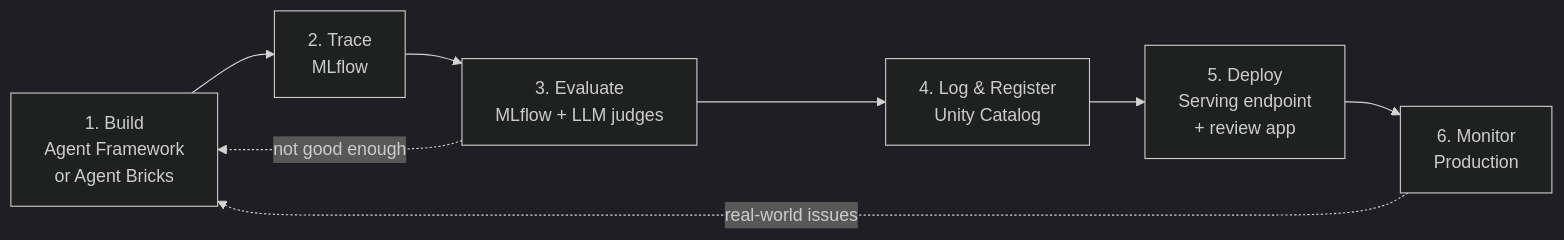
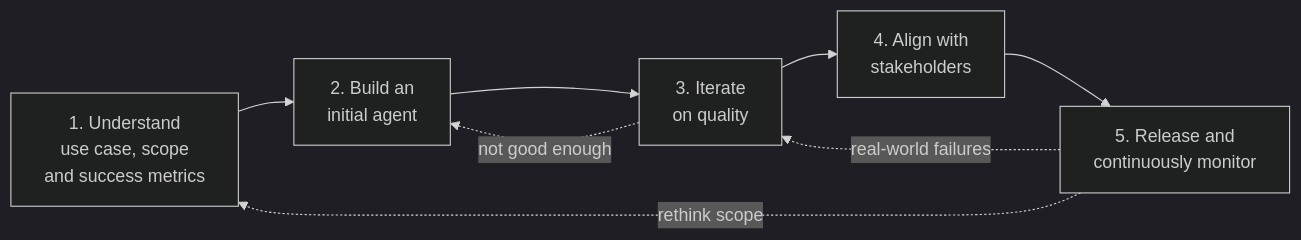
Before and after one commit to thedatabrickster/databrickster: the first of 3 diagrams in website/ai/docs/04-building-agents/01-agent-dev-lifecycle.mdx, drawn with Mermaid (dark theme). The commit also changed other lines of this file and 8 other files, not shown here.

````diff
--- a/website/ai/docs/04-building-agents/01-agent-dev-lifecycle.mdx
+++ b/website/ai/docs/04-building-agents/01-agent-dev-lifecycle.mdx
@@ -143,10 +160,10 @@
 ```mermaid
 flowchart LR
-    A[1. Build<br/>Agent Framework<br/>or Agent Bricks] --> B[2. Trace<br/>MLflow]
-    B --> C[3. Evaluate<br/>MLflow + LLM judges]
-    C --> D[4. Log & Register<br/>Unity Catalog]
-    D --> E[5. Deploy<br/>Serving endpoint<br/>+ review app]
-    E --> F[6. Monitor<br/>Production]
-    C -.->|not good enough| A
-    F -.->|real-world issues| A
+    S1[1. Understand<br/>use case, scope<br/>and success metrics] --> S2[2. Build an<br/>initial agent]
+    S2 --> S3[3. Iterate<br/>on quality]
+    S3 --> S4[4. Align with<br/>stakeholders]
+    S4 --> S5[5. Release and<br/>continuously monitor]
+    S3 -.->|not good enough| S2
+    S5 -.->|real-world failures| S3
+    S5 -.->|rethink scope| S1
 ```
````
